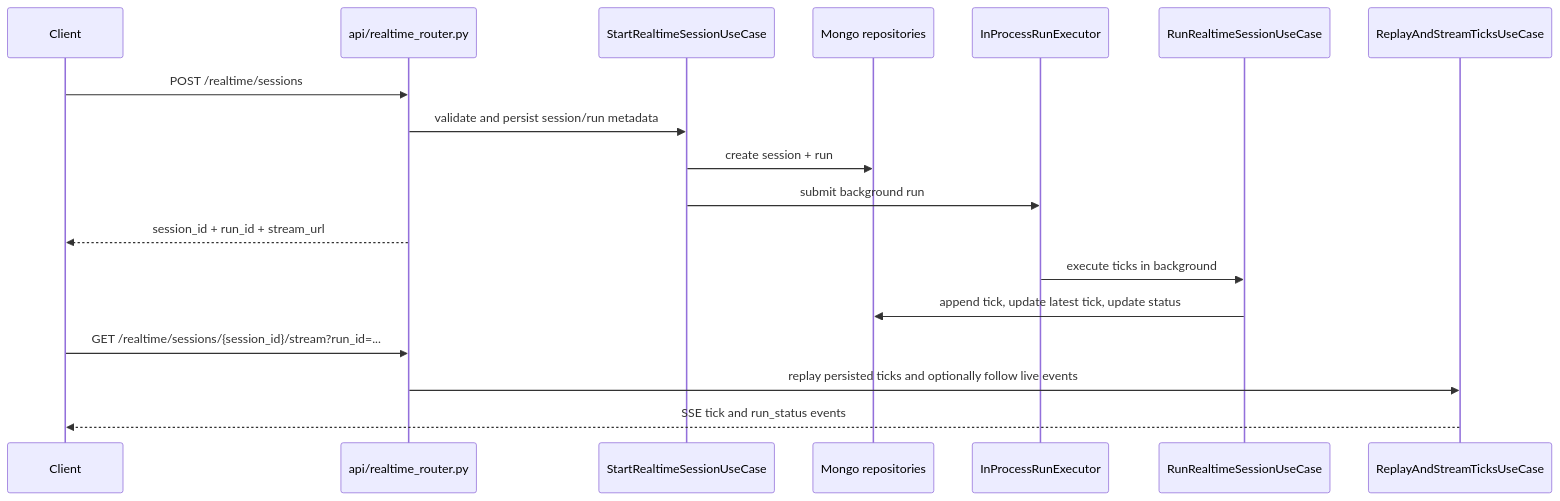
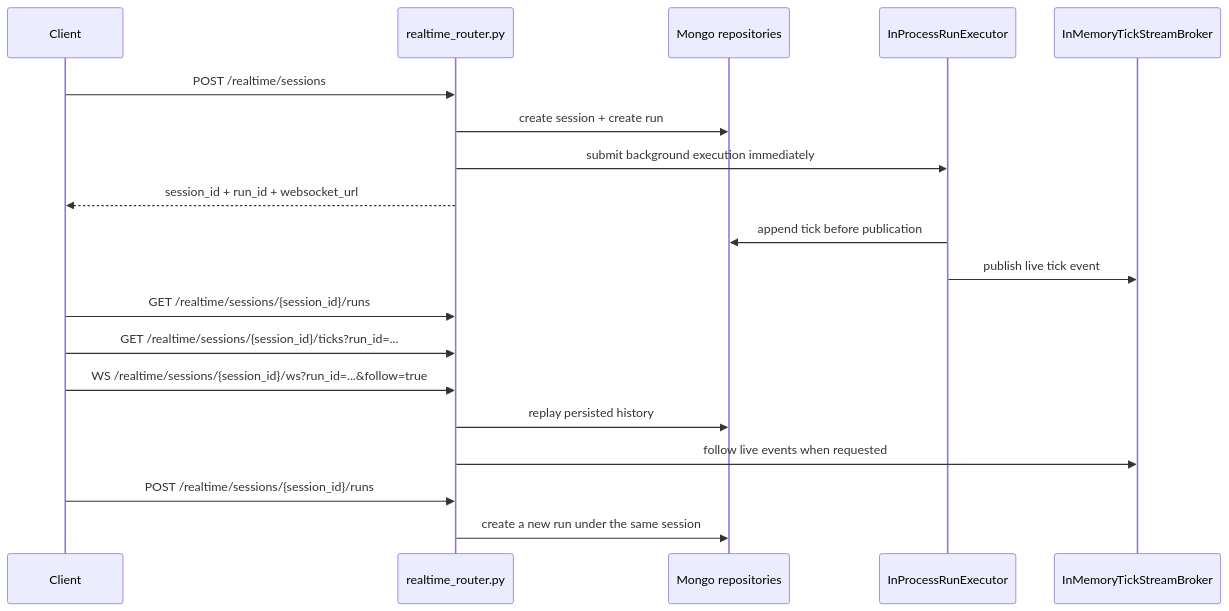
The diagram in docs/API.md (Tarffic-Simulator/Engine), drawn with Mermaid before and after one commit. The commit also changed other lines of this file and 74 other files, not shown here.

````diff
--- a/docs/API.md
+++ b/docs/API.md
@@ -59,21 +19,22 @@
 ```mermaid
 sequenceDiagram
     participant Client
-    participant Router as api/realtime_router.py
-    participant Start as StartRealtimeSessionUseCase
-    participant Repo as Mongo repositories
+    participant API as realtime_router.py
+    participant Mongo as Mongo repositories
     participant Exec as InProcessRunExecutor
-    participant Run as RunRealtimeSessionUseCase
-    participant SSE as ReplayAndStreamTicksUseCase
+    participant Broker as InMemoryTickStreamBroker
 
-    Client->>Router: POST /realtime/sessions
-    Router->>Start: validate and persist session/run metadata
-    Start->>Repo: create session + run
-    Start->>Exec: submit background run
-    Router-->>Client: session_id + run_id + stream_url
-    Exec->>Run: execute ticks in background
-    Run->>Repo: append tick, update latest tick, update status
-    Client->>Router: GET /realtime/sessions/{session_id}/stream?run_id=...
-    Router->>SSE: replay persisted ticks and optionally follow live events
-    SSE-->>Client: SSE tick and run_status events
+    Client->>API: POST /realtime/sessions
+    API->>Mongo: create session + create run
+    API->>Exec: submit background execution immediately
+    API-->>Client: session_id + run_id + websocket_url
+    Exec->>Mongo: append tick before publication
+    Exec->>Broker: publish live tick event
+    Client->>API: GET /realtime/sessions/{session_id}/runs
+    Client->>API: GET /realtime/sessions/{session_id}/ticks?run_id=...
+    Client->>API: WS /realtime/sessions/{session_id}/ws?run_id=...&follow=true
+    API->>Mongo: replay persisted history
+    API->>Broker: follow live events when requested
+    Client->>API: POST /realtime/sessions/{session_id}/runs
+    API->>Mongo: create a new run under the same session
 ```
````
